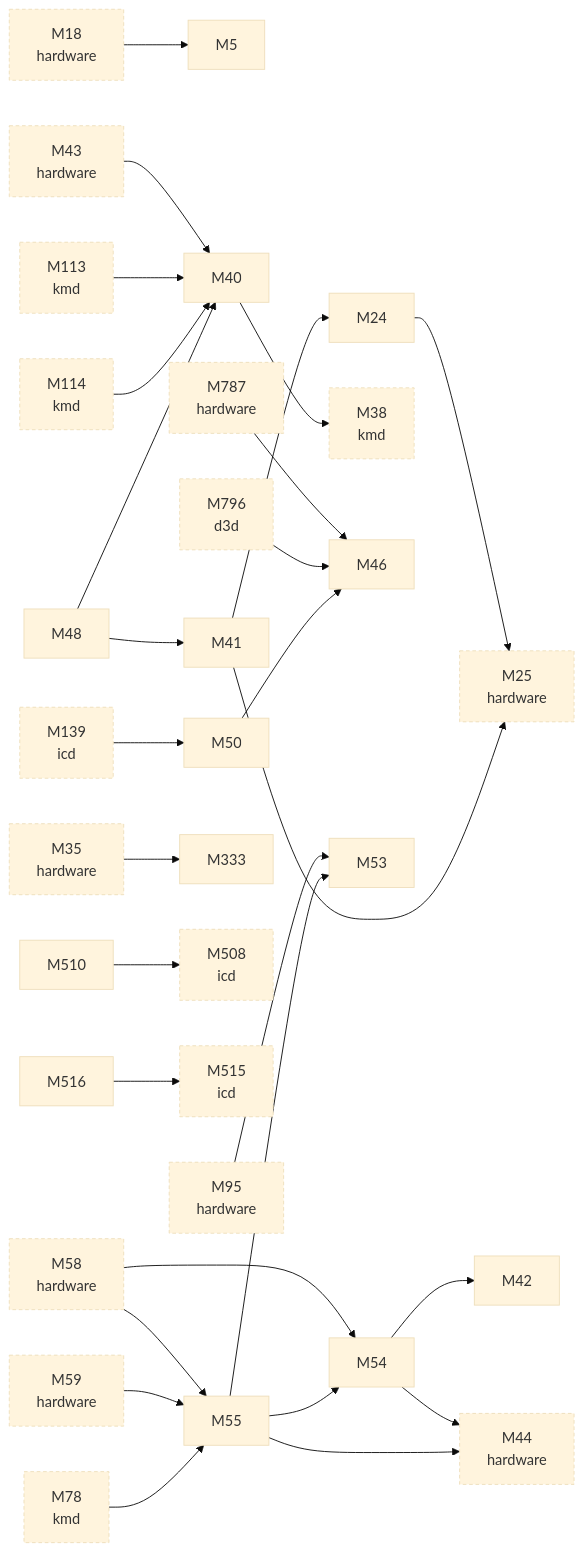
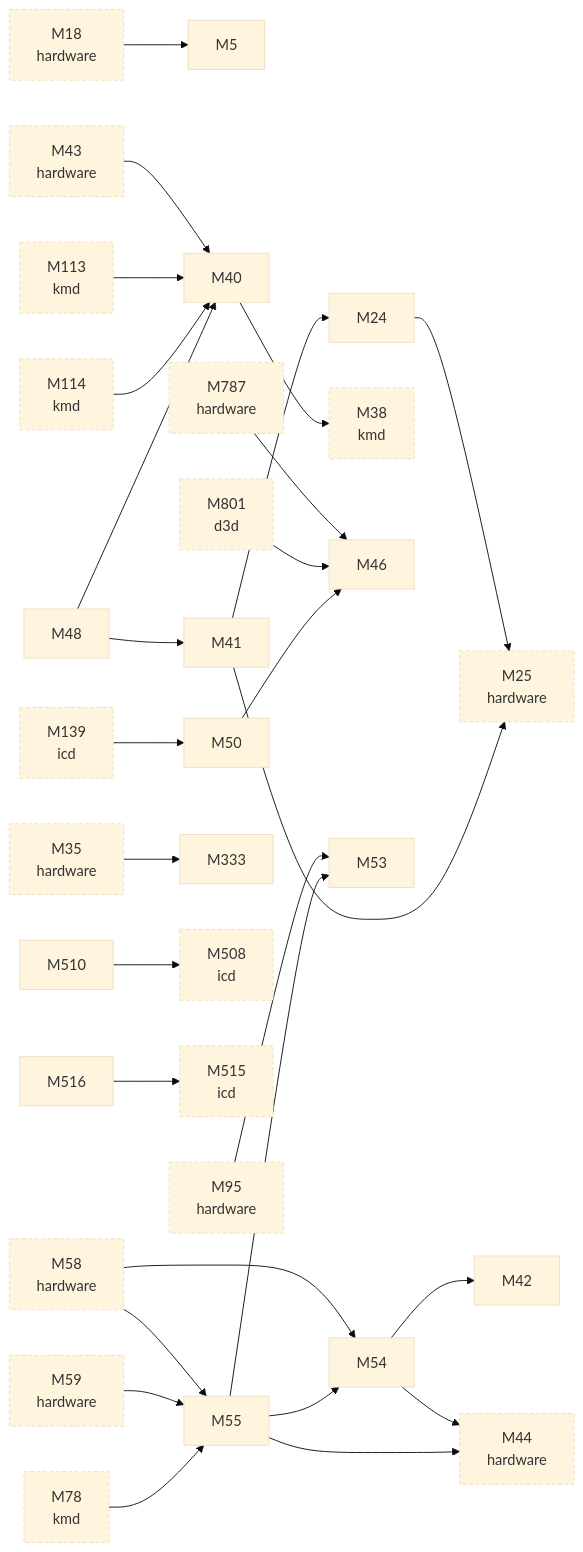
Before and after one commit to D-Ogi/amdgpu-wddm: the second of 2 diagrams in docs/facts/graphs/linux.md, drawn with Mermaid (base theme). The commit also changed 7 other files, not shown here.

````diff
--- a/docs/facts/graphs/linux.md
+++ b/docs/facts/graphs/linux.md
@@ -35,63 +35,63 @@
 ```mermaid
 flowchart LR
   M5["M5"]
   M18["M18<br/>hardware"]
   M24["M24"]
   M25["M25<br/>hardware"]
   M35["M35<br/>hardware"]
   M38["M38<br/>kmd"]
   M40["M40"]
   M41["M41"]
   M42["M42"]
   M43["M43<br/>hardware"]
   M44["M44<br/>hardware"]
   M46["M46"]
   M48["M48"]
   M50["M50"]
   M53["M53"]
   M54["M54"]
   M55["M55"]
   M58["M58<br/>hardware"]
   M59["M59<br/>hardware"]
   M78["M78<br/>kmd"]
   M95["M95<br/>hardware"]
   M113["M113<br/>kmd"]
   M114["M114<br/>kmd"]
   M139["M139<br/>icd"]
   M333["M333"]
   M508["M508<br/>icd"]
   M510["M510"]
   M515["M515<br/>icd"]
   M516["M516"]
   M787["M787<br/>hardware"]
-  M796["M796<br/>d3d"]
+  M801["M801<br/>d3d"]
   M18 --> M5
   M35 --> M333
   M43 --> M40
   M58 --> M54
   M58 --> M55
   M59 --> M55
   M95 --> M53
   M787 --> M46
   M78 --> M55
   M113 --> M40
   M114 --> M40
   M139 --> M50
-  M796 --> M46
+  M801 --> M46
   M24 --> M25
   M40 --> M38
   M41 --> M24
   M41 --> M25
   M48 --> M40
   M48 --> M41
   M50 --> M46
   M54 --> M42
   M54 --> M44
   M55 --> M44
   M55 --> M53
   M55 --> M54
   M510 --> M508
   M516 --> M515
   classDef other stroke-dasharray:4 3
-  class M18,M25,M35,M38,M43,M44,M58,M59,M78,M95,M113,M114,M139,M508,M515,M787,M796 other
+  class M18,M25,M35,M38,M43,M44,M58,M59,M78,M95,M113,M114,M139,M508,M515,M787,M801 other
 ```
````
